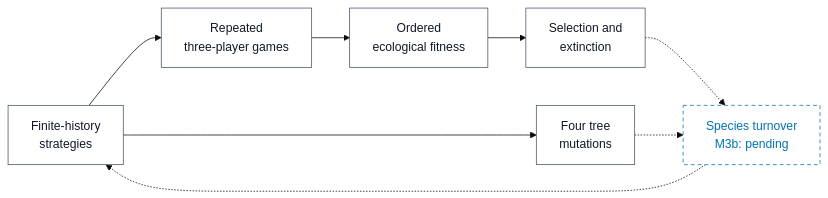
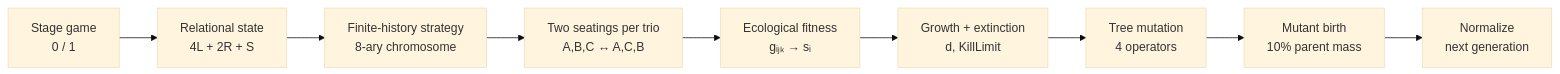
The diagram in README.md (ReloadLightly/three-person-coalition-game), drawn with Mermaid (base theme) before and after one commit. The commit also changed other lines of this file and 9 other files, not shown here.

````diff
--- a/README.md
+++ b/README.md
@@ -66,14 +67,11 @@
 ```mermaid
 flowchart LR
-    A["Finite-history<br/>strategies"] --> B["Repeated<br/>three-player games"]
-    B --> C["Ordered<br/>ecological fitness"]
-    C --> D["Selection and<br/>extinction"]
-    A --> E["Four tree<br/>mutations"]
-    D -.-> F["Species turnover<br/>M3b: pending"]
-    E -.-> F
-    F -.-> A
-    classDef core fill:#FFFFFF,stroke:#475569,color:#111827,stroke-width:1px;
-    classDef pending fill:#FFFFFF,stroke:#0072B2,color:#0072B2,stroke-width:1px,stroke-dasharray:5 4;
-    class A,B,C,D,E core;
-    class F pending;
+    A["Stage game<br/>0 / 1"] --> B["Relational state<br/>4L + 2R + S"]
+    B --> C["Finite-history strategy<br/>8-ary chromosome"]
+    C --> D["Two seatings per trio<br/>A,B,C ↔ A,C,B"]
+    D --> E["Ecological fitness<br/>gᵢⱼₖ → sᵢ"]
+    E --> F["Growth + extinction<br/>d, KillLimit"]
+    F --> G["Tree mutation<br/>4 operators"]
+    G --> H["Mutant birth<br/>10% parent mass"]
+    H --> I["Normalize<br/>next generation"]
 ```
````
